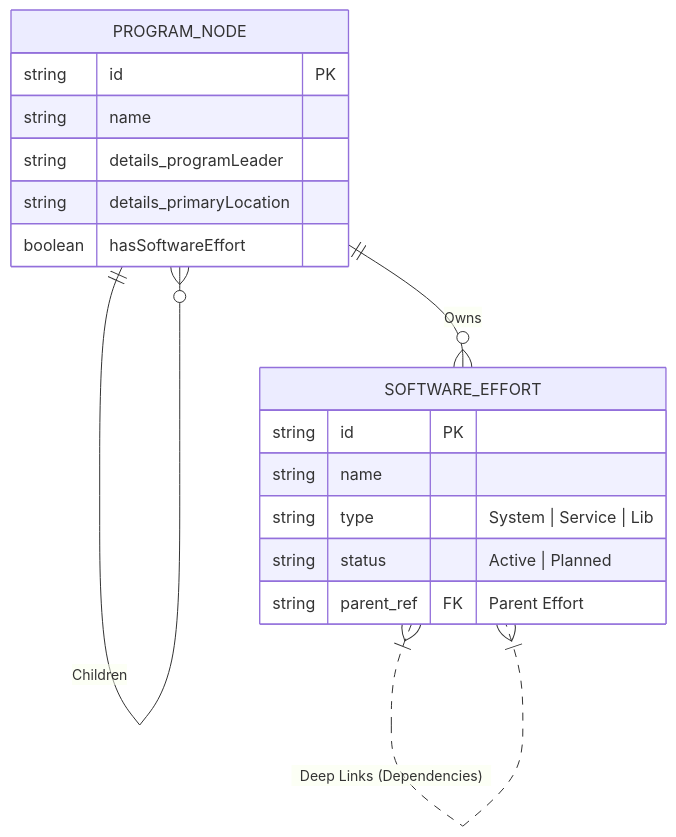
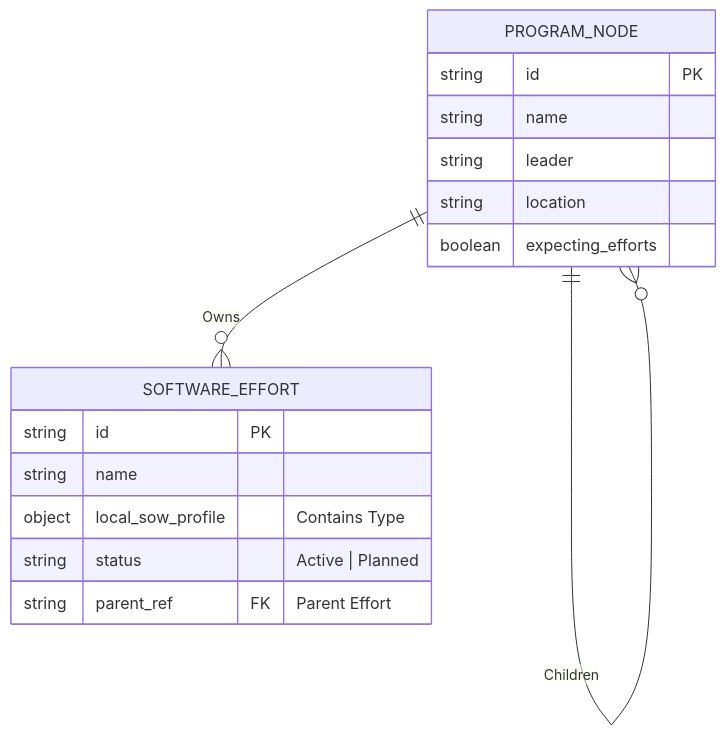
The third of 3 diagrams in README.md (DeepBlue4/program-catalog), drawn with Mermaid before and after one commit. The commit also changed other lines of this file and 1 other file, not shown here.

````diff
--- a/README.md
+++ b/README.md
@@ -118,22 +134,21 @@
 ```mermaid
 erDiagram
     PROGRAM_NODE ||--o{ PROGRAM_NODE : "Children"
     PROGRAM_NODE ||--o{ SOFTWARE_EFFORT : "Owns"
-    SOFTWARE_EFFORT }|..|{ SOFTWARE_EFFORT : "Deep Links (Dependencies)"
     
     PROGRAM_NODE {
         string id PK
         string name
-        string details_programLeader
-        string details_primaryLocation
-        boolean hasSoftwareEffort
+        string leader
+        string location
+        boolean expecting_efforts
     }
 
     SOFTWARE_EFFORT {
         string id PK
         string name
-        string type "System | Service | Lib"
+        object local_sow_profile "Contains Type"
         string status "Active | Planned"
         string parent_ref FK "Parent Effort"
     }
 ```
````
